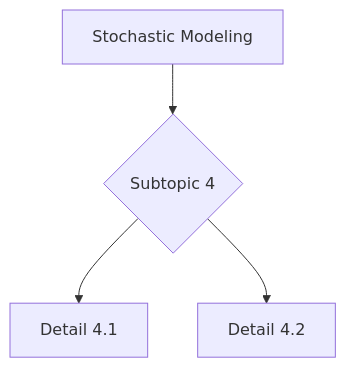
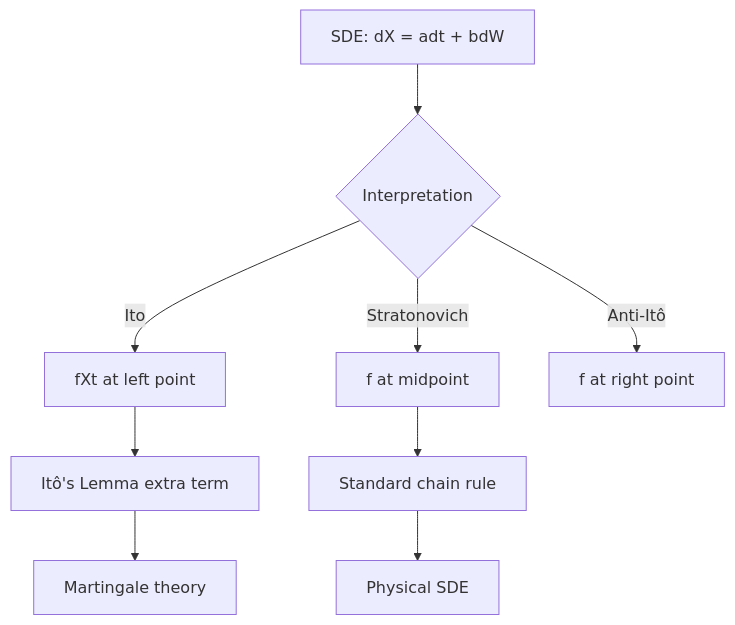
One commit to yip-lgtm/PhysicsSelfStudy changed the eighth of 10 diagrams in 02_MSc_DataDriven_Modeling/core_courses/MSDM_5003/README.md. Above: the diagram before and after it, drawn with Mermaid. The commit also changed other lines of this file and 21 other files, not shown here.

````diff
--- a/02_MSc_DataDriven_Modeling/core_courses/MSDM_5003/README.md
+++ b/02_MSc_DataDriven_Modeling/core_courses/MSDM_5003/README.md
@@ -283,6 +582,11 @@
 ```mermaid
 graph TD
-    A[Stochastic Modeling] --> B{Subtopic 4}
-    B --> C[Detail 4.1]
-    B --> D[Detail 4.2]
+    A[SDE: dX = adt + bdW] --> B{Interpretation}
+    B -->|Ito| C[fXt at left point]
+    B -->|Stratonovich| D[f at midpoint]
+    B -->|Anti-Itô| E[f at right point]
+    C --> F[Itô's Lemma extra term]
+    D --> G[Standard chain rule]
+    F --> H[Martingale theory]
+    G --> I[Physical SDE]
 ```
````
